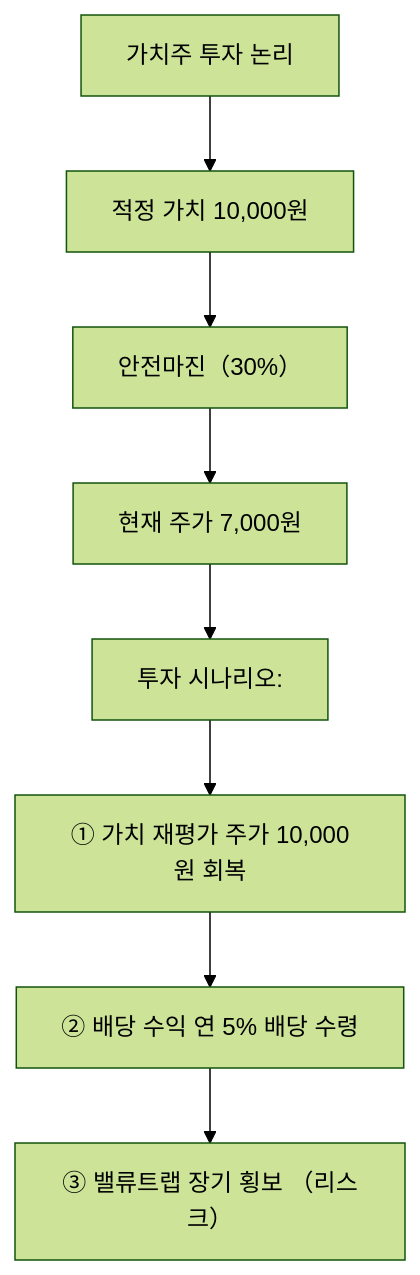
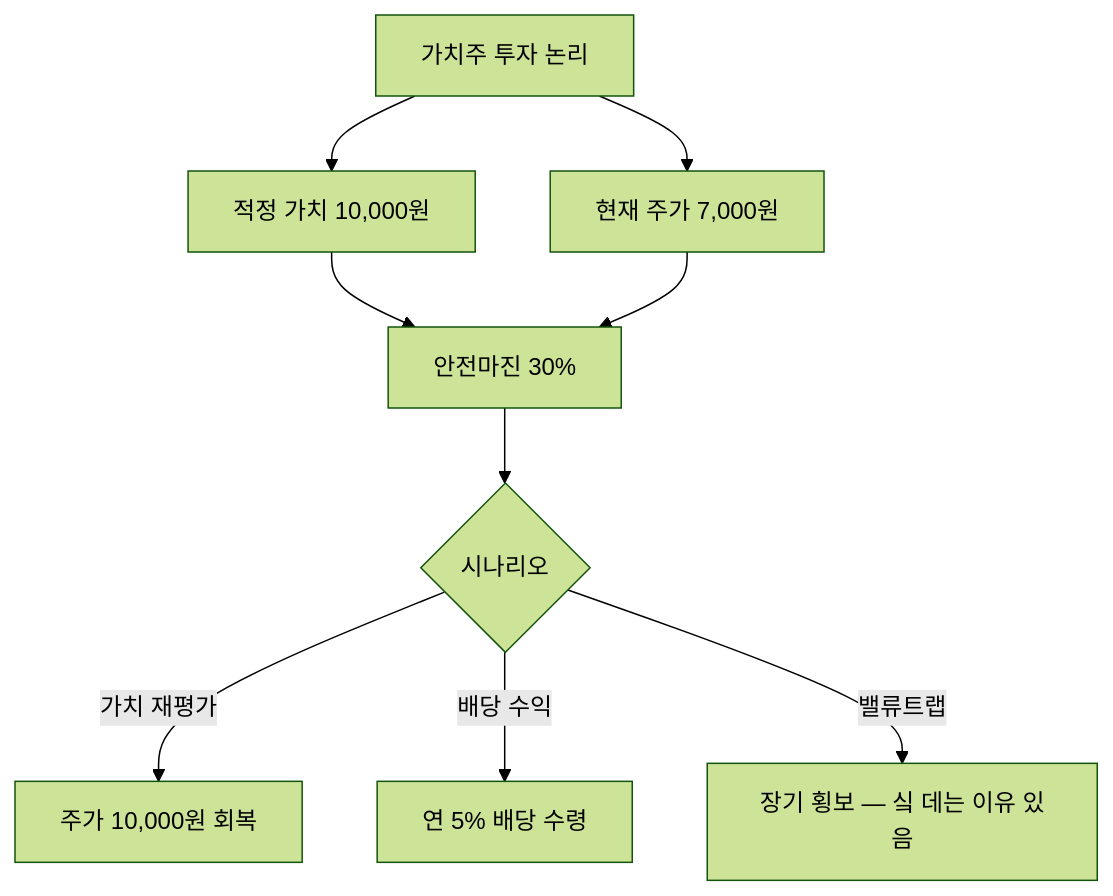
Before and after one commit to yeongseon/stock-visual-note: the diagram in content/stock-terms/ko/level-09-strategy-risk/value-stock.md, drawn with Mermaid (forest theme). The commit also changed other lines of this file and 96 other files, not shown here.

Commit message:
Rewrite all 98 remaining articles: branching Mermaid diagrams, natural search_intent, compelling seo_titles, clean descriptions

````diff
--- a/content/stock-terms/ko/level-09-strategy-risk/value-stock.md
+++ b/content/stock-terms/ko/level-09-strategy-risk/value-stock.md
@@ -42,18 +42,12 @@
 ```mermaid
 graph TD
-    N0["가치주 투자 논리"]
-    N1["적정 가치 10,000원"]
-    N2["안전마진（30%）"]
-    N3["현재 주가 7,000원"]
-    N4["투자 시나리오:"]
-    N5["① 가치 재평가 주가 10,000원 회복"]
-    N6["② 배당 수익 연 5% 배당 수령"]
-    N7["③ 밸류트랩 장기 횡보 （리스크）"]
-    N0 --> N1
-    N1 --> N2
-    N2 --> N3
-    N3 --> N4
-    N4 --> N5
-    N5 --> N6
-    N6 --> N7
+    A["가치주 투자 논리"]
+    A --> B["적정 가치 10,000원"]
+    A --> C["현재 주가 7,000원"]
+    B --> D["안전마진 30%"]
+    C --> D
+    D --> E{"시나리오"}
+    E -->|"가치 재평가"| F["주가 10,000원 회복"]
+    E -->|"배당 수익"| G["연 5% 배당 수령"]
+    E -->|"밸류트랩"| H["장기 횡보 — 싴 데는 이유 있음"]
 ```
````
